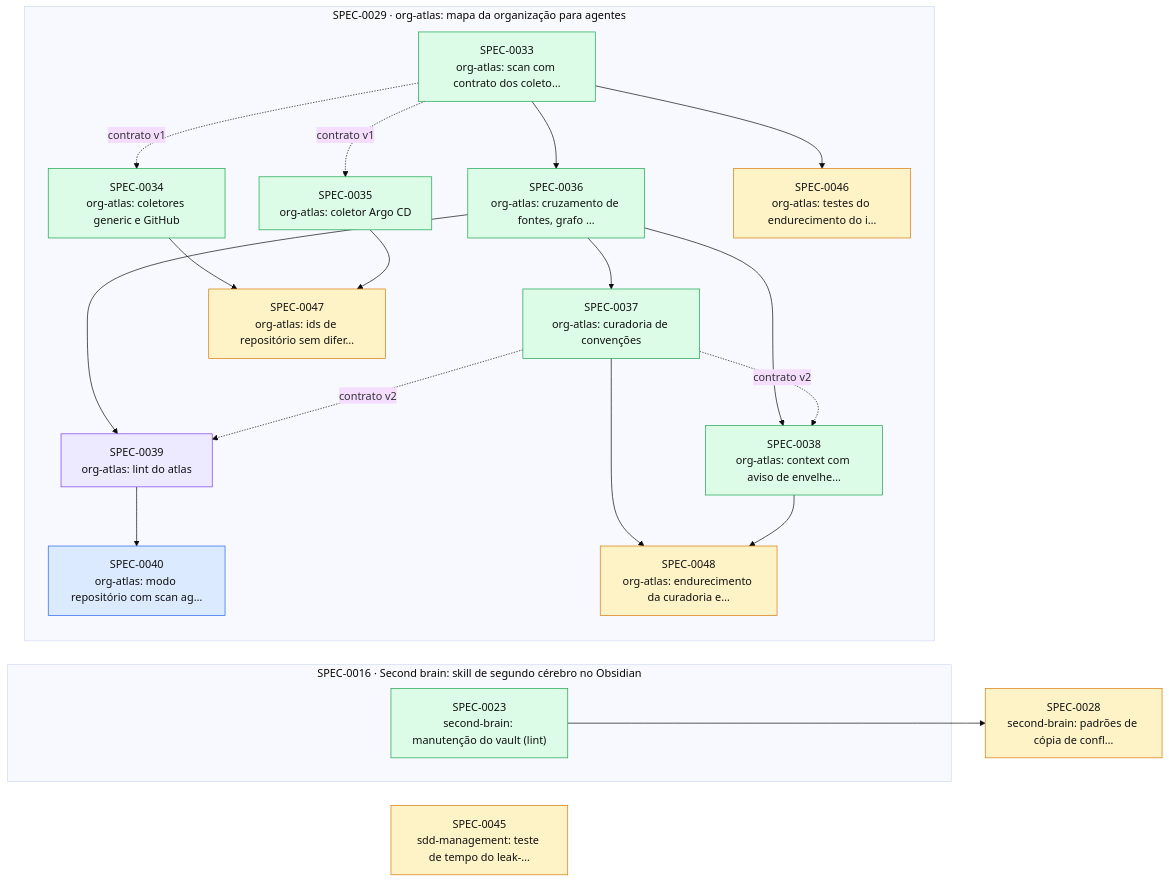
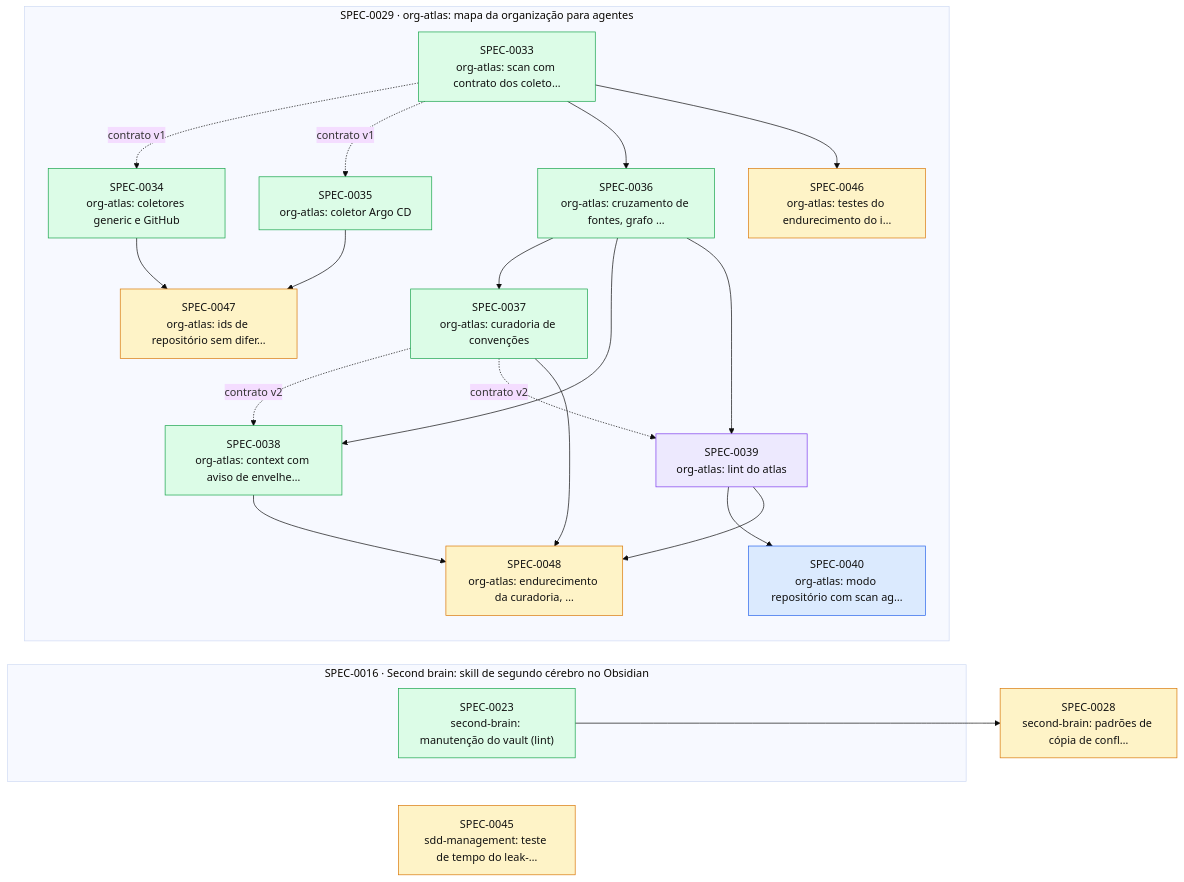
Before and after one commit to thomasravache/ai-dev-brain: the diagram in docs/specs/INDEX.md, drawn with Mermaid (base theme). The commit also changed other lines of this file and 3 other files, not shown here.

````diff
--- a/docs/specs/INDEX.md
+++ b/docs/specs/INDEX.md
@@ -54,41 +54,42 @@
 ```mermaid
 flowchart LR
   S0028["SPEC-0028<br/>second-brain: padrões de cópia de confl…"]:::proposed
   S0045["SPEC-0045<br/>sdd-management: teste de tempo do leak-…"]:::proposed
   subgraph E0016["SPEC-0016 · Second brain: skill de segundo cérebro no Obsidian"]
     S0023["SPEC-0023<br/>second-brain: manutenção do vault (lint)"]:::implemented
   end
   subgraph E0029["SPEC-0029 · org-atlas: mapa da organização para agentes"]
     S0033["SPEC-0033<br/>org-atlas: scan com contrato dos coleto…"]:::implemented
     S0034["SPEC-0034<br/>org-atlas: coletores generic e GitHub"]:::implemented
     S0035["SPEC-0035<br/>org-atlas: coletor Argo CD"]:::implemented
     S0036["SPEC-0036<br/>org-atlas: cruzamento de fontes, grafo …"]:::implemented
     S0037["SPEC-0037<br/>org-atlas: curadoria de convenções"]:::implemented
     S0038["SPEC-0038<br/>org-atlas: context com aviso de envelhe…"]:::implemented
     S0039["SPEC-0039<br/>org-atlas: lint do atlas"]:::inprogress
     S0040["SPEC-0040<br/>org-atlas: modo repositório com scan ag…"]:::approved
     S0046["SPEC-0046<br/>org-atlas: testes do endurecimento do i…"]:::proposed
     S0047["SPEC-0047<br/>org-atlas: ids de repositório sem difer…"]:::proposed
-    S0048["SPEC-0048<br/>org-atlas: endurecimento da curadoria e…"]:::proposed
+    S0048["SPEC-0048<br/>org-atlas: endurecimento da curadoria, …"]:::proposed
   end
   S0023 --> S0028
   S0033 -. contrato v1 .-> S0034
   S0033 -. contrato v1 .-> S0035
   S0033 --> S0036
   S0036 --> S0037
   S0036 --> S0038
   S0037 -. contrato v2 .-> S0038
   S0036 --> S0039
   S0037 -. contrato v2 .-> S0039
   S0039 --> S0040
   S0033 --> S0046
   S0034 --> S0047
   S0035 --> S0047
   S0037 --> S0048
   S0038 --> S0048
+  S0039 --> S0048
   classDef proposed fill:#fef3c7,stroke:#d97706,color:#111
   classDef approved fill:#dbeafe,stroke:#2563eb,color:#111
   classDef inprogress fill:#ede9fe,stroke:#7c3aed,color:#111
   classDef implemented fill:#dcfce7,stroke:#16a34a,color:#111
   classDef deprecated fill:#f3f4f6,stroke:#9ca3af,color:#6b7280
 ```
````
